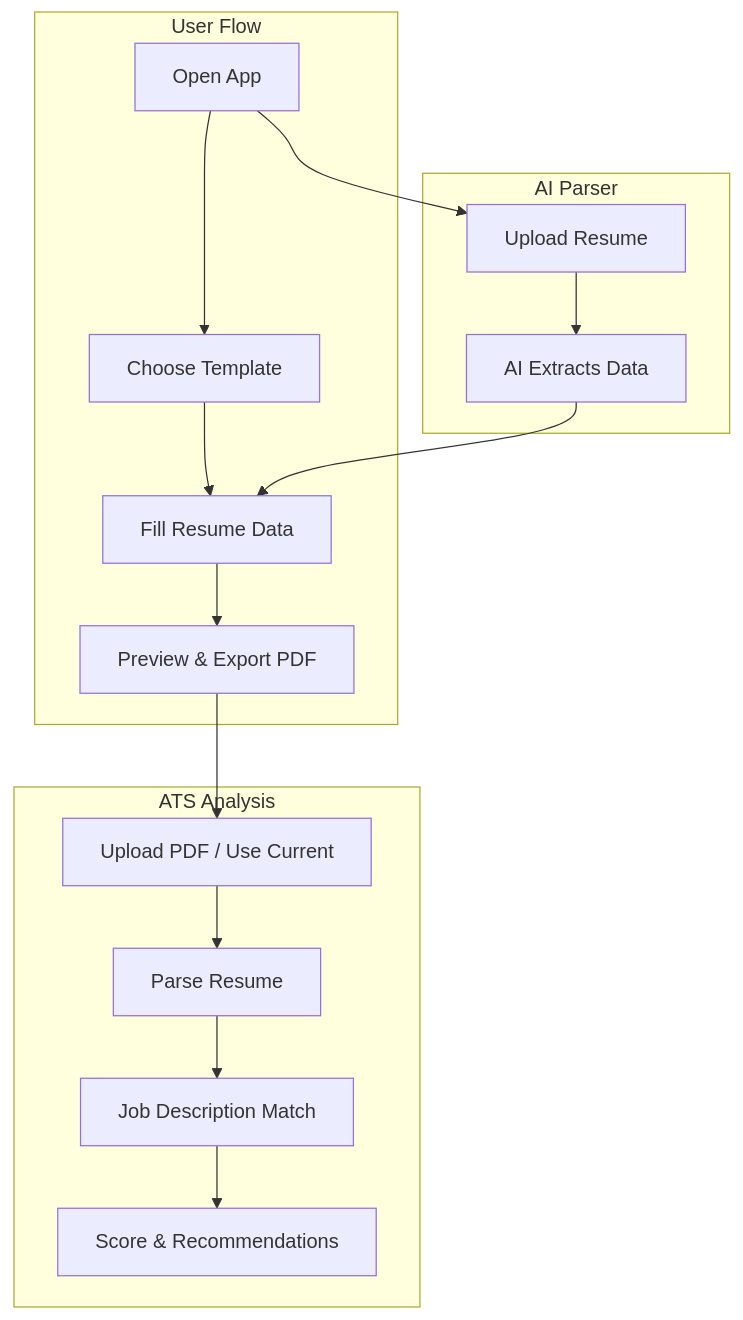
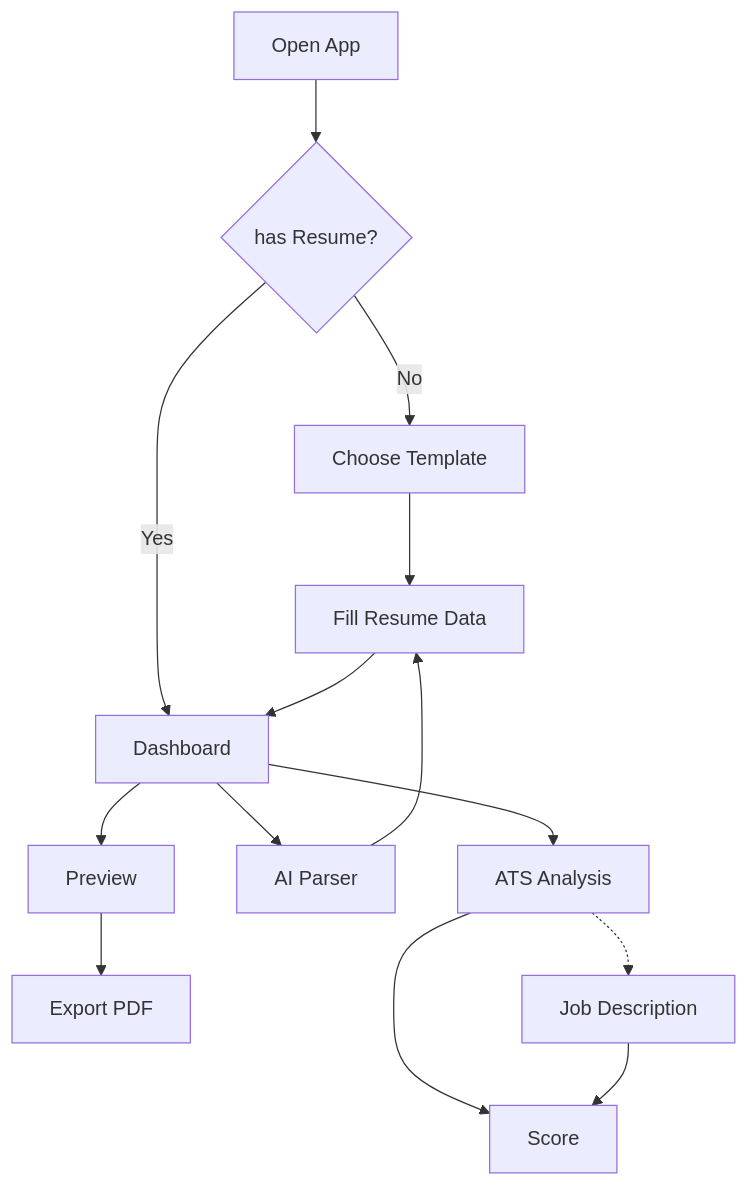
One commit to otavio-lemos/ResuMatch changed the diagram in README.md. Above: the diagram before and after it, drawn with Mermaid.

Commit message:
docs: fix Mermaid diagram - separate Preview/Export, optional JD, correct flow

````diff
--- a/README.md
+++ b/README.md
@@ -28,21 +28,16 @@
 ```mermaid
 flowchart TB
-    subgraph User["User Flow"]
-        A[Open App] --> B[Choose Template]
-        B --> C[Fill Resume Data]
-        C --> D[Preview & Export PDF]
-    end
-
-    subgraph AIParser["AI Parser"]
-        A --> E[Upload Resume]
-        E --> F[AI Extracts Data]
-        F --> C
-    end
-
-    subgraph ATS["ATS Analysis"]
-        D --> G[Upload PDF / Use Current]
-        G --> H[Parse Resume]
-        H --> I[Job Description Match]
-        I --> J[Score & Recommendations]
-    end
+    A[Open App] --> B{has Resume?}
+    B -->|No| C[Choose Template]
+    B -->|Yes| D[Dashboard]
+    C --> E[Fill Resume Data]
+    E --> D
+    D --> F[Preview]
+    F --> G[Export PDF]
+    D --> H[AI Parser]
+    H --> E
+    D --> I[ATS Analysis]
+    I --> J[Score]
+    I -.-> K[Job Description]
+    K --> J
 ```
````
